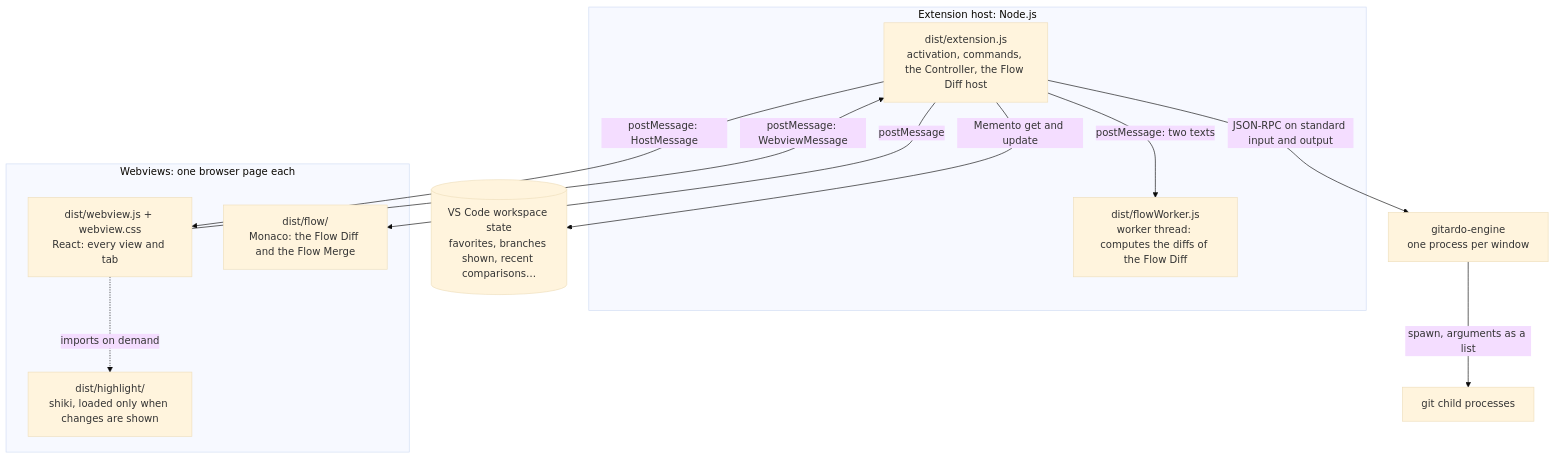
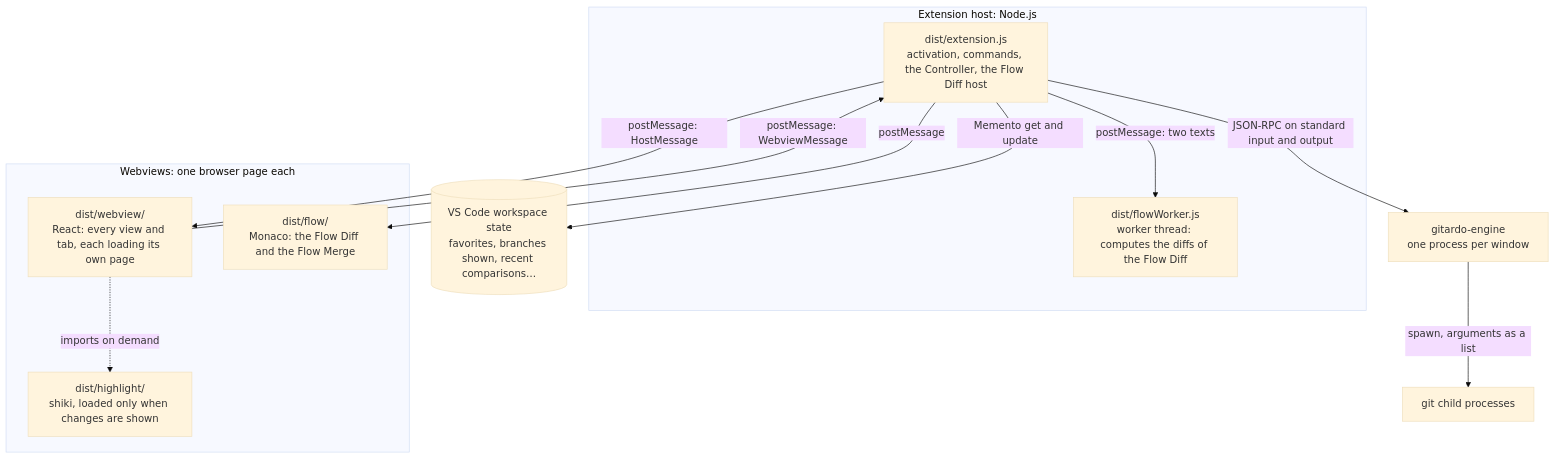
Before and after one commit to riccardoflp/gitardo: the second of 2 diagrams in docs/extension/02-architecture.md, drawn with Mermaid (base theme). The commit also changed other lines of this file and 6 other files, not shown here.

Commit message:
Build the pages of the views as ES modules split in chunks, so that each kind of view loads only its own page and what it shares with others

````diff
--- a/docs/extension/02-architecture.md
+++ b/docs/extension/02-architecture.md
@@ -50,23 +50,23 @@
 ```mermaid
 flowchart TB
   subgraph host [Extension host: Node.js]
     ext[dist/extension.js<br/>activation, commands, the Controller, the Flow Diff host]
     worker[dist/flowWorker.js<br/>worker thread: computes the diffs of the Flow Diff]
   end
   subgraph webviews [Webviews: one browser page each]
-    ui[dist/webview.js + webview.css<br/>React: every view and tab]
+    ui[dist/webview/<br/>React: every view and tab, each loading its own page]
     hl[dist/highlight/<br/>shiki, loaded only when changes are shown]
     flow[dist/flow/<br/>Monaco: the Flow Diff and the Flow Merge]
   end
   engine[gitardo-engine<br/>one process per window]
   git[git child processes]
   state[(VS Code workspace state<br/>favorites, branches shown, recent comparisons…)]
   ext -->|postMessage: HostMessage| ui
   ui -->|postMessage: WebviewMessage| ext
   ext -->|postMessage| flow
   ext -->|postMessage: two texts| worker
   ui -.->|imports on demand| hl
   ext -->|JSON-RPC on standard input and output| engine
   engine -->|spawn, arguments as a list| git
   ext -->|Memento get and update| state
 ```
````
